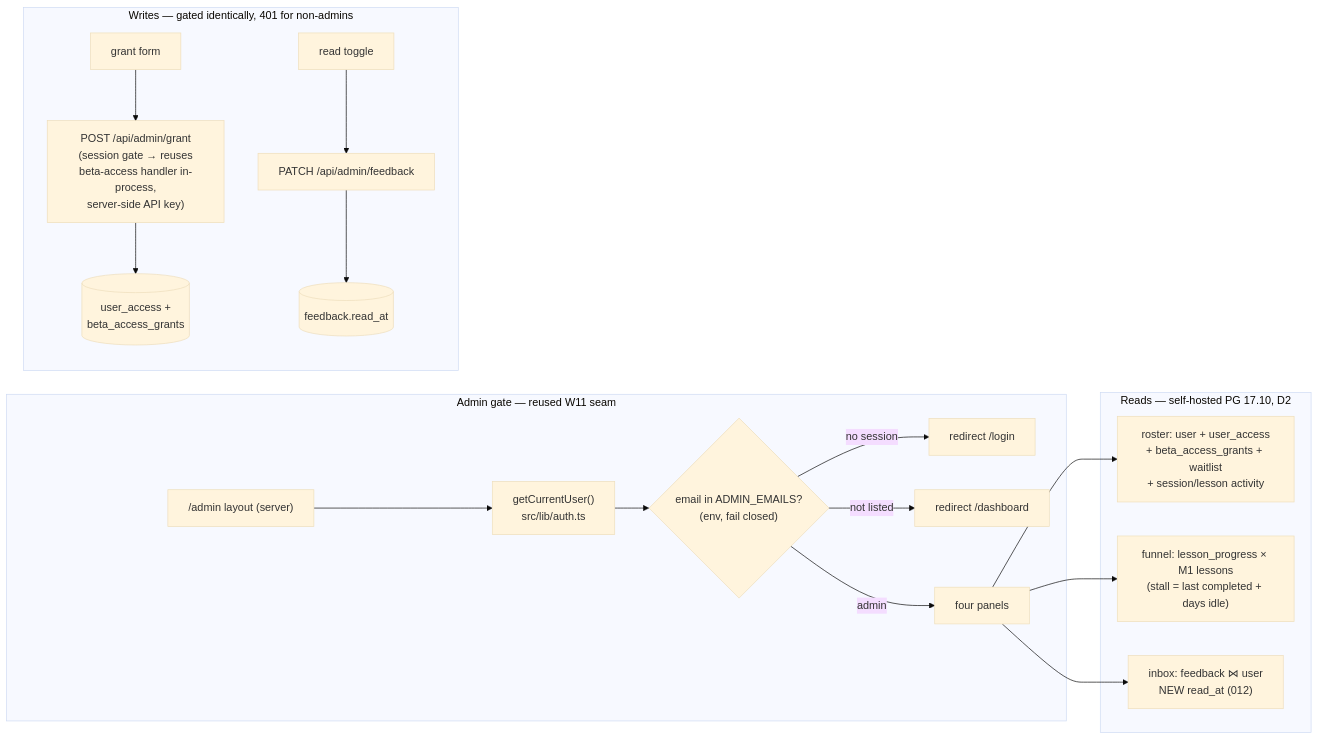
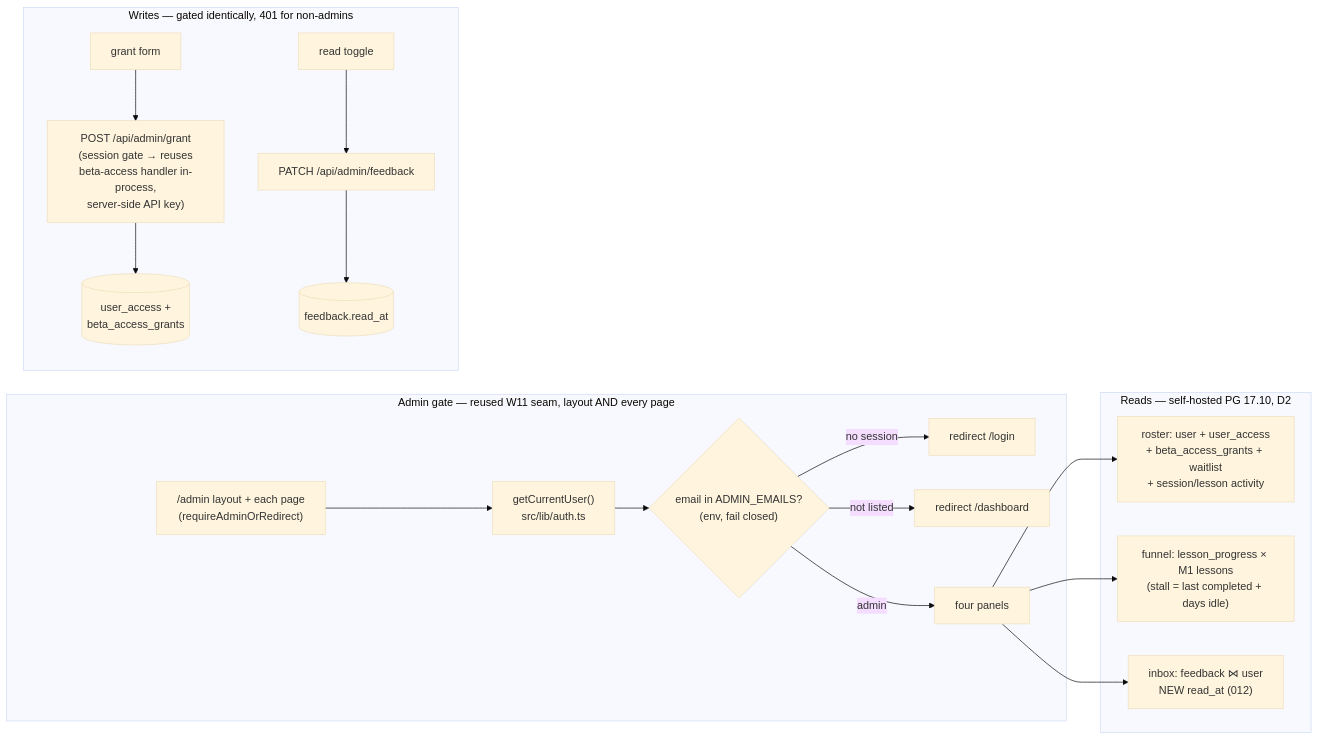
The diagram in completion/COMPLETION_W4.md (David-ACG/gwth-v2), drawn with Mermaid (base theme) before and after one commit. The commit also changed other lines of this file and 16 other files, not shown here.

First line of the commit message:
fix(W4): gate every /admin page, not just the layout — parallel page render streamed cohort data to anonymous curl

````diff
--- a/completion/COMPLETION_W4.md
+++ b/completion/COMPLETION_W4.md
@@ -103,20 +108,20 @@
 ```mermaid
 flowchart LR
-  subgraph Gate [Admin gate — reused W11 seam]
-    L["/admin layout (server)"] --> CU["getCurrentUser()\nsrc/lib/auth.ts"]
+  subgraph Gate [Admin gate — reused W11 seam, layout AND every page]
+    L["/admin layout + each page\n(requireAdminOrRedirect)"] --> CU["getCurrentUser()\nsrc/lib/auth.ts"]
     CU --> AL{"email in ADMIN_EMAILS?\n(env, fail closed)"}
     AL -->|no session| LOGIN["redirect /login"]
     AL -->|not listed| DASH["redirect /dashboard"]
     AL -->|admin| P[four panels]
   end
   subgraph Data [Reads — self-hosted PG 17.10, D2]
     P --> R["roster: user + user_access\n+ beta_access_grants + waitlist\n+ session/lesson activity"]
     P --> F["funnel: lesson_progress × M1 lessons\n(stall = last completed + days idle)"]
     P --> I["inbox: feedback ⋈ user\nNEW read_at (012)"]
   end
   subgraph Writes [Writes — gated identically, 401 for non-admins]
     GF[grant form] --> GW["POST /api/admin/grant\n(session gate → reuses\nbeta-access handler in-process,\nserver-side API key)"]
     GW --> UA[(user_access +\nbeta_access_grants)]
     RT[read toggle] --> FW["PATCH /api/admin/feedback"] --> FB[(feedback.read_at)]
   end
 ```
````
